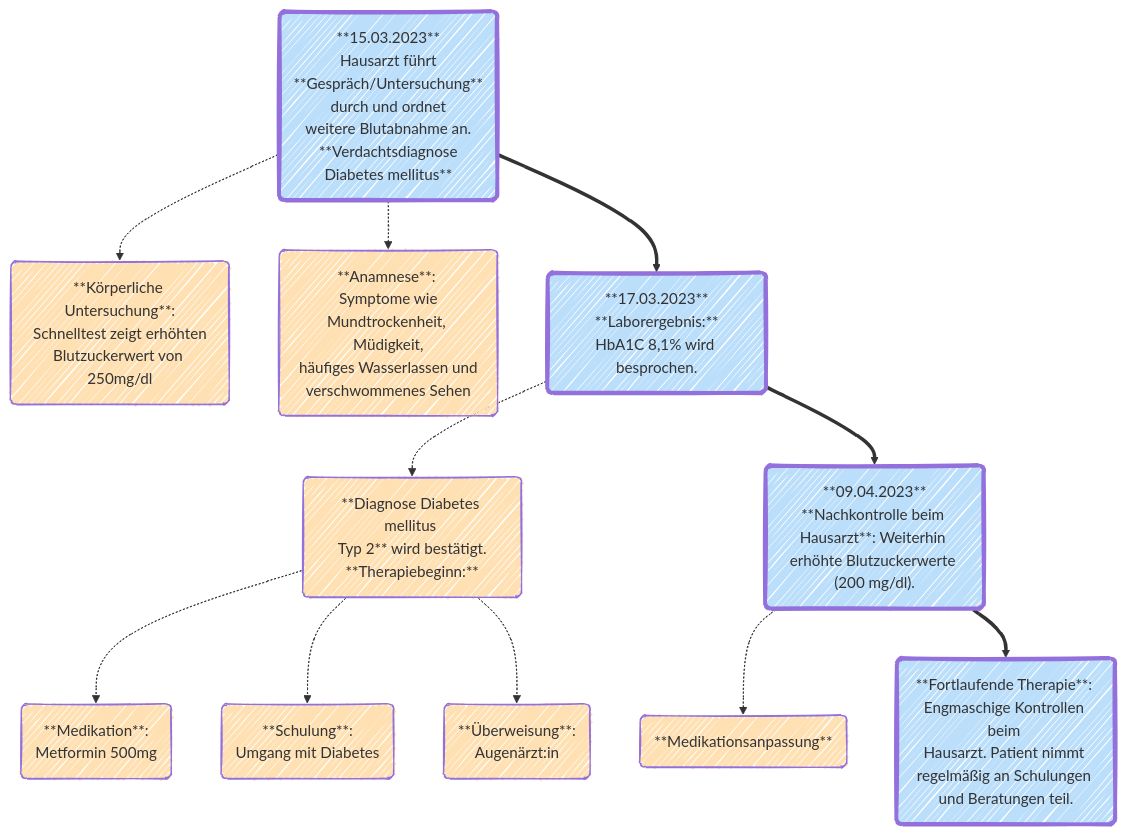
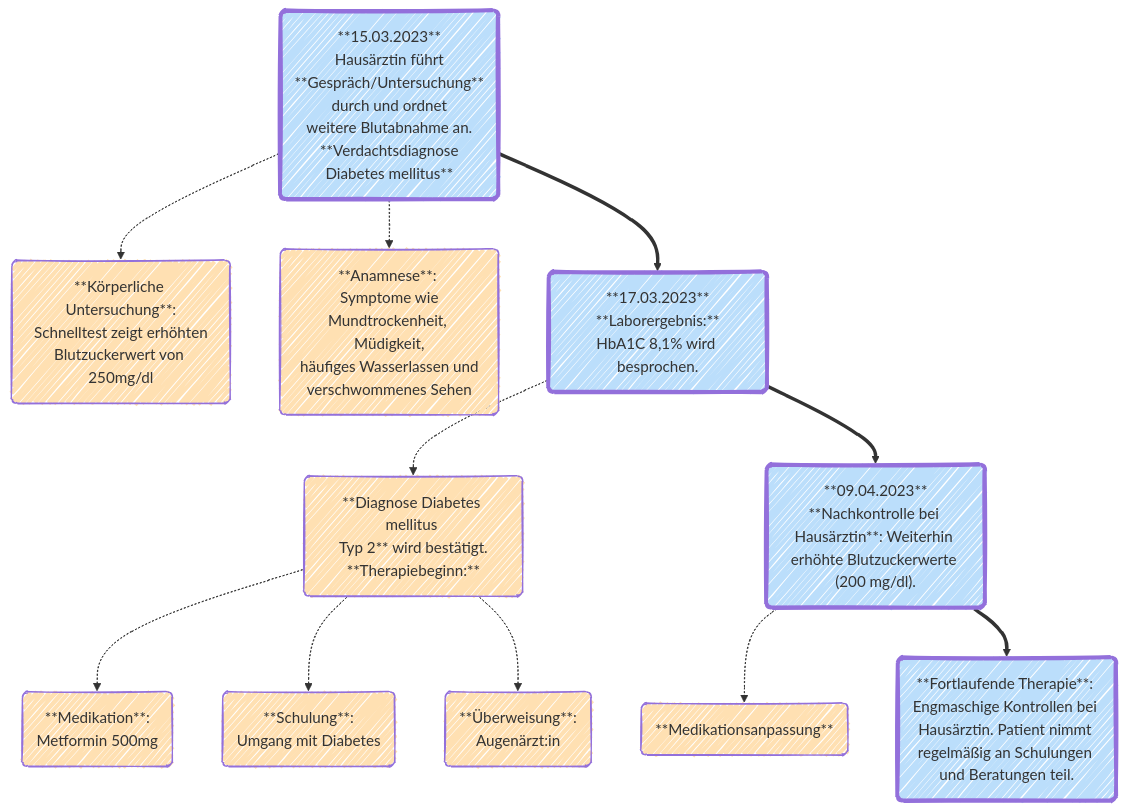
One commit to HL7Austria/ELGA-IV-Diabetes-R4 changed the diagram in input/pagecontent/anwendungsfaelle.md. Above: the diagram before and after it, drawn with Mermaid. The commit also changed other lines of this file and 7 other files, not shown here.

```diff
--- a/input/pagecontent/anwendungsfaelle.md
+++ b/input/pagecontent/anwendungsfaelle.md
@@ -14,31 +14,31 @@
 <pre class="mermaid">
 ---
 config:
   look: handDrawn
   layout: fixed
 ---
 flowchart TD
-A("**15.03.2023**<br/>Hausarzt führt <br/>**Gespräch/Untersuchung** <br/>durch und ordnet<br/>weitere Blutabnahme an. <br/>**Verdachtsdiagnose <br/>Diabetes mellitus**")
+A("**15.03.2023**<br/>Hausärztin führt <br/>**Gespräch/Untersuchung** <br/>durch und ordnet<br/>weitere Blutabnahme an. <br/>**Verdachtsdiagnose <br/>Diabetes mellitus**")
 A -.-> a1("**Körperliche Untersuchung**:<br/>Schnelltest zeigt erhöhten<br/>Blutzuckerwert von 250mg/dl")
 A -.-> a2("**Anamnese**: <br/>Symptome wie<br/>Mundtrockenheit, Müdigkeit,<br/>häufiges Wasserlassen und<br/>verschwommenes Sehen")
 A ==> B("**17.03.2023**<br/>**Laborergebnis:**<br/>HbA1C 8,1% wird besprochen.")
 B -.-> b1("**Diagnose Diabetes mellitus <br/>Typ 2** wird bestätigt.<br/>**Therapiebeginn:**")
 b1 -.-> bb1("**Medikation**: <br/>Metformin 500mg")
 b1 -.-> bb2("**Schulung**: <br/>Umgang mit Diabetes")
 b1 -.-> bb3("**Überweisung**: <br/>Augenärzt:in")
-B ==> C("**09.04.2023**<br/>**Nachkontrolle beim <br/>Hausarzt**: Weiterhin erhöhte Blutzuckerwerte (200 mg/dl).")
+B ==> C("**09.04.2023**<br/>**Nachkontrolle bei <br/>Hausärztin**: Weiterhin erhöhte Blutzuckerwerte (200 mg/dl).")
 C -.-> c1("**Medikationsanpassung**")
-C ==> D("**Fortlaufende Therapie**: <br/>Engmaschige Kontrollen beim <br/>Hausarzt. Patient nimmt <br/>regelmäßig an Schulungen und Beratungen teil.")
+C ==> D("**Fortlaufende Therapie**: <br/>Engmaschige Kontrollen bei <br/>Hausärztin. Patient nimmt <br/>regelmäßig an Schulungen und Beratungen teil.")
 
 style A fill:#BBDEFB,stroke-width:4px
 style a1 fill:#FFE0B2
 style a2 fill:#FFE0B2
 style B fill:#BBDEFB,stroke-width:4px
 style b1 fill:#FFE0B2
 style bb1 fill:#FFE0B2
 style bb2 fill:#FFE0B2
 style bb3 fill:#FFE0B2
 style C fill:#BBDEFB,stroke-width:4px
 style c1 fill:#FFE0B2
 style D fill:#BBDEFB,stroke-width:4px
 </pre>
```
